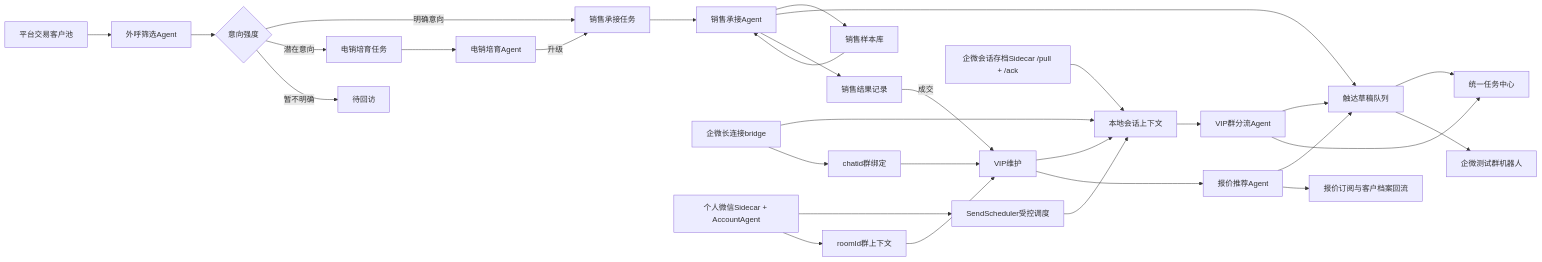
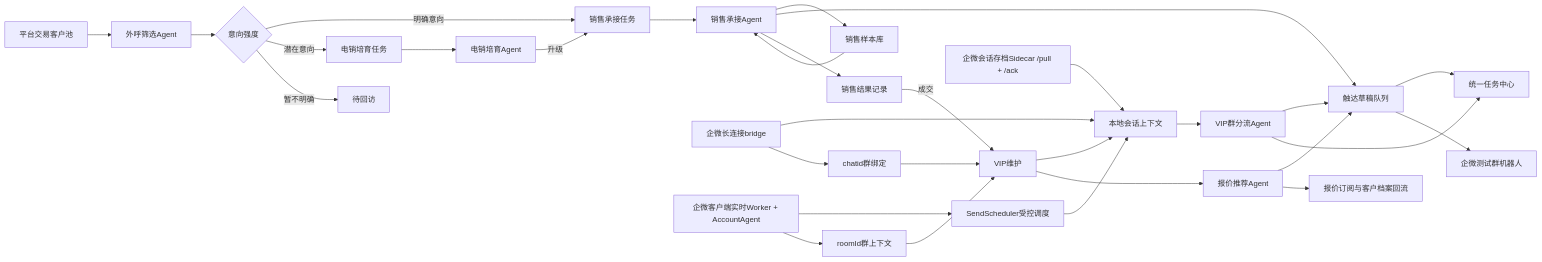
One commit to JUJUJUN313/customer-ops-agent-console changed the diagram in docs/PROJECT.md. Above: the diagram before and after it, drawn with Mermaid. The commit also changed other lines of this file and 33 other files, not shown here.

````diff
--- a/docs/PROJECT.md
+++ b/docs/PROJECT.md
@@ -9,33 +9,33 @@
 ```mermaid
 flowchart LR
   A["平台交易客户池"] --> B["外呼筛选Agent"]
   B --> C{"意向强度"}
   C -->|"明确意向"| D["销售承接任务"]
   C -->|"潜在意向"| E["电销培育任务"]
   C -->|"暂不明确"| F["待回访"]
   E --> G["电销培育Agent"]
   G -->|"升级"| D
   D --> H["销售承接Agent"]
   H --> O["销售样本库"]
   O --> H
   H --> Q["触达草稿队列"]
   H --> I["销售结果记录"]
   I -->|"成交"| J["VIP维护"]
   J --> P["本地会话上下文"]
   P --> K["VIP群分流Agent"]
   V["企微会话存档Sidecar /pull + /ack"] --> P
   X["企微长连接bridge"] --> P
-  Z["个人微信Sidecar + AccountAgent"] --> S["SendScheduler受控调度"]
+  Z["企微客户端实时Worker + AccountAgent"] --> S["SendScheduler受控调度"]
   S --> P
   X --> Y["chatid群绑定"]
   Z --> R["roomId群上下文"]
   Y --> J
   R --> J
   J --> L["报价推荐Agent"]
   K --> Q
   L --> Q
   K --> M["统一任务中心"]
   L --> N["报价订阅与客户档案回流"]
   Q --> M
   Q --> W["企微测试群机器人"]
 ```
````
